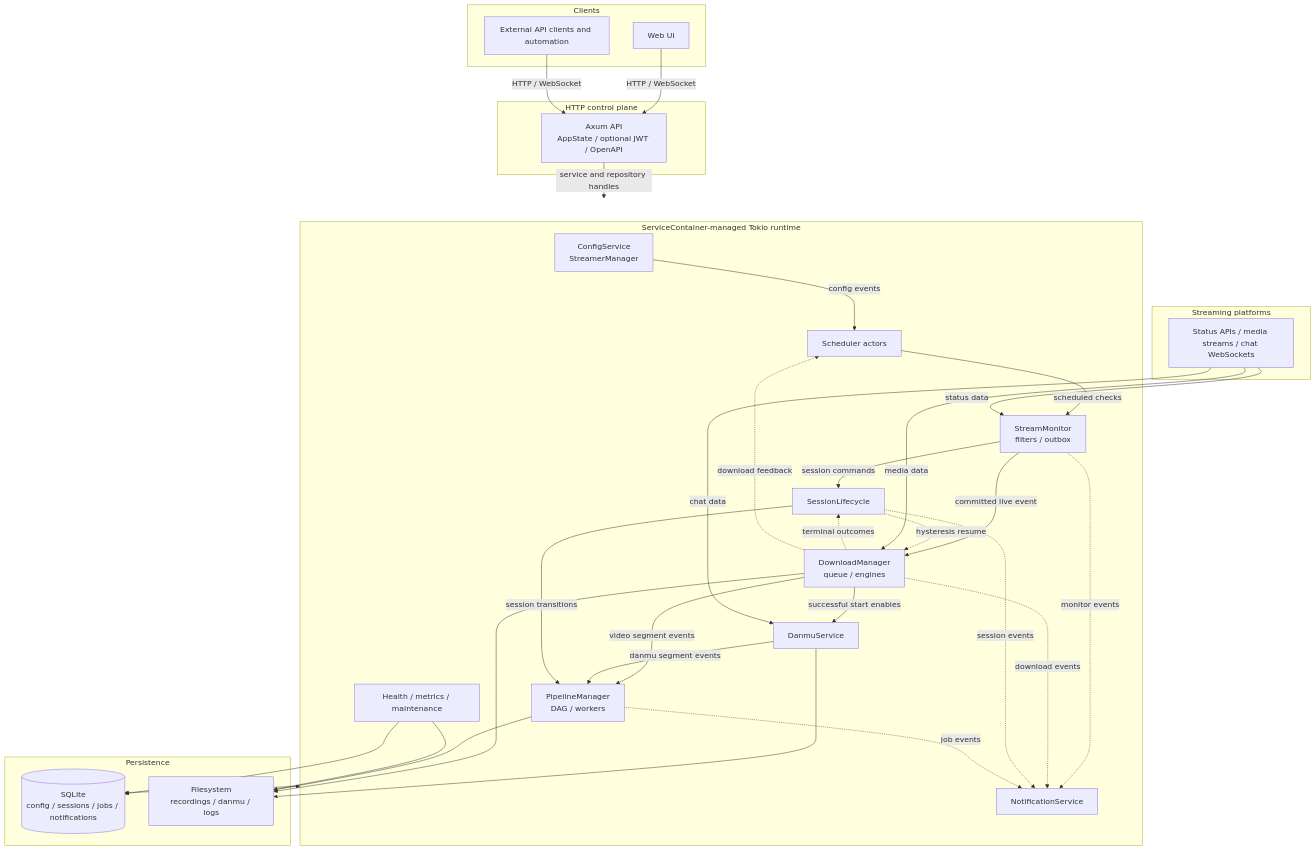
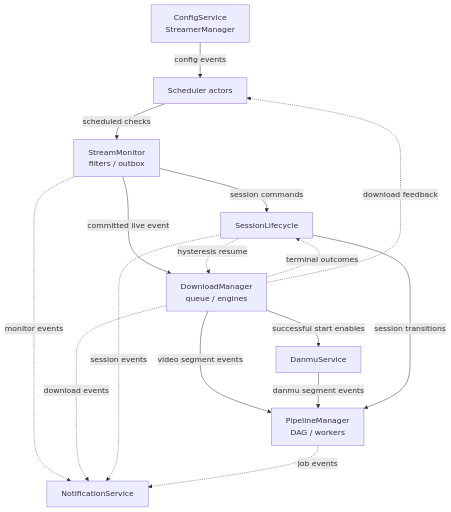
The second of 4 diagrams in rust-srec/docs/en/development/architecture.md (hua0512/rust-srec), drawn with Mermaid before and after one commit. The commit also changed 3 other files, not shown here.

First line of the commit message:
docs: make large Mermaid diagrams readable

````diff
--- a/rust-srec/docs/en/development/architecture.md
+++ b/rust-srec/docs/en/development/architecture.md
@@ -7,64 +40,28 @@
 ```mermaid
 flowchart TB
-  subgraph Clients["Clients"]
-    FE["Web UI"]
-    EXT["External API clients and automation"]
-  end
-
-  subgraph Control["HTTP control plane"]
-    API["Axum API<br/>AppState / optional JWT / OpenAPI"]
-  end
-
-  subgraph Runtime["ServiceContainer-managed Tokio runtime"]
-    CFG["ConfigService<br/>StreamerManager"]
-    SCH["Scheduler actors"]
-    MON["StreamMonitor<br/>filters / outbox"]
-    SESS["SessionLifecycle"]
-    DL["DownloadManager<br/>queue / engines"]
-    DM["DanmuService"]
-    PL["PipelineManager<br/>DAG / workers"]
-    NOTI["NotificationService"]
-    OPS["Health / metrics / maintenance"]
-  end
-
-  subgraph Sources["Streaming platforms"]
-    SRC["Status APIs / media streams / chat WebSockets"]
-  end
-
-  subgraph Storage["Persistence"]
-    DB[("SQLite<br/>config / sessions / jobs / notifications")]
-    FS["Filesystem<br/>recordings / danmu / logs"]
-  end
-
-  FE -->|"HTTP / WebSocket"| API
-  EXT -->|"HTTP / WebSocket"| API
-  API -->|"service and repository handles"| Runtime
+  CFG["ConfigService<br/>StreamerManager"]
+  SCH["Scheduler actors"]
+  MON["StreamMonitor<br/>filters / outbox"]
+  SESS["SessionLifecycle"]
+  DL["DownloadManager<br/>queue / engines"]
+  DM["DanmuService"]
+  PL["PipelineManager<br/>DAG / workers"]
+  NOTI["NotificationService"]
 
   CFG -->|"config events"| SCH
   SCH -->|"scheduled checks"| MON
   MON -->|"session commands"| SESS
   MON -->|"committed live event"| DL
   DL -->|"successful start enables"| DM
   DL -->|"video segment events"| PL
   DM -->|"danmu segment events"| PL
   SESS -->|"session transitions"| PL
   SESS -.->|"hysteresis resume"| DL
   DL -.->|"terminal outcomes"| SESS
   DL -.->|"download feedback"| SCH
 
   MON -.->|"monitor events"| NOTI
   DL -.->|"download events"| NOTI
   SESS -.->|"session events"| NOTI
   PL -.->|"job events"| NOTI
-
-  SRC -->|"status data"| MON
-  SRC -->|"media data"| DL
-  SRC -->|"chat data"| DM
-
-  DM --> FS
-  DL --> FS
-  PL --> FS
-  Runtime <--> DB
-  OPS --> DB
-  OPS --> FS
 ```
````
